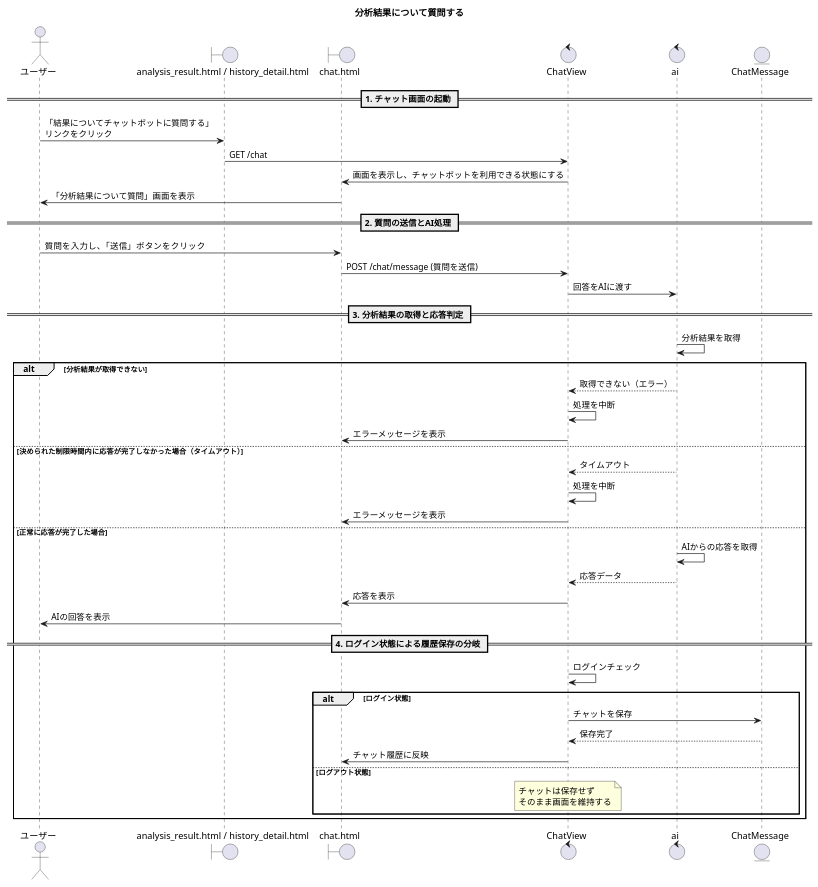
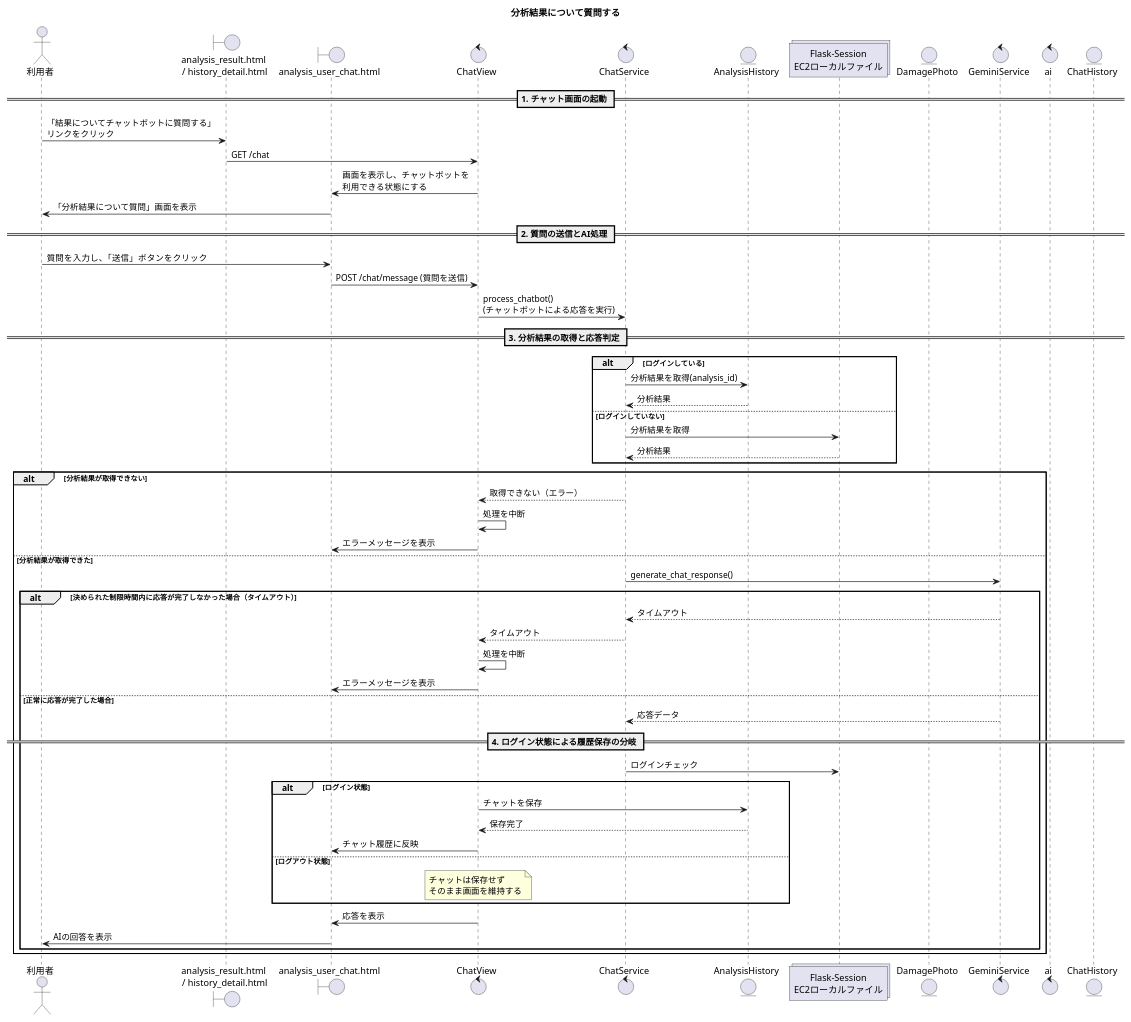
One commit to Kotarou-Tanoue/tanouesoftware changed the ninth of 17 diagrams in 20_システム設計書/図24_シーケンス.puml. Above: the diagram before and after it, drawn with PlantUML. The commit also changed other lines of this file and 3 other files, not shown here.

```diff
--- a/20_システム設計書/図24_シーケンス.puml
+++ b/20_システム設計書/図24_シーケンス.puml
@@ -457,54 +511,67 @@
 @startuml 分析結果について質問する
     title 分析結果について質問する
 
-    actor "ユーザー" as a1
-    boundary "analysis_result.html / history_detail.html" as b1
-    boundary "chat.html" as b2
+    actor "利用者" as a1
+    boundary "analysis_result.html \n/ history_detail.html" as b1
+    boundary "analysis_user_chat.html" as b2
     control "ChatView" as c1
+    control "ChatService" as s1
+    entity "AnalysisHistory" as e1
+    collections "Flask-Session\nEC2ローカルファイル" as sess
+    entity "DamagePhoto" as e2
+    control "GeminiService" as s2
     control "ai"
-    entity "ChatMessage" as e1
+    entity "ChatHistory" as e3
 
     == 1. チャット画面の起動 ==
     a1 -> b1 : 「結果についてチャットボットに質問する」\nリンクをクリック
     b1 -> c1 : GET /chat
-    c1 -> b2 : 画面を表示し、チャットボットを利用できる状態にする
+    c1 -> b2 : 画面を表示し、チャットボットを\n利用できる状態にする
     b2 -> a1 : 「分析結果について質問」画面を表示
 
     == 2. 質問の送信とAI処理 ==
     a1 -> b2 : 質問を入力し、「送信」ボタンをクリック
     b2 -> c1 : POST /chat/message (質問を送信)
-    c1 -> ai : 回答をAIに渡す
+    c1 -> s1 : process_chatbot() \n(チャットボットによる応答を実行)
 
     == 3. 分析結果の取得と応答判定 ==
-    ai -> ai : 分析結果を取得
+    alt ログインしている
+        s1 -> e1 : 分析結果を取得(analysis_id)
+        e1 --> s1 : 分析結果
+    else ログインしていない
+        s1 -> sess : 分析結果を取得
+        sess --> s1 : 分析結果
+    end
 
     alt 分析結果が取得できない
-        ai --> c1 : 取得できない（エラー）
+        s1 --> c1 : 取得できない（エラー）
         c1 -> c1 : 処理を中断
         c1 -> b2 : エラーメッセージを表示
+    else 分析結果が取得できた
+        s1 -> s2 : generate_chat_response()
+        alt 決められた制限時間内に応答が完了しなかった場合（タイムアウト）
+            s2 --> s1 : タイムアウト
+            s1 --> c1 : タイムアウト
+            c1 -> c1 : 処理を中断
+            c1 -> b2 : エラーメッセージを表示
 
-    else 決められた制限時間内に応答が完了しなかった場合（タイムアウト）
-        ai --> c1 : タイムアウト
-        c1 -> c1 : 処理を中断
-        c1 -> b2 : エラーメッセージを表示
+        else 正常に応答が完了した場合
+            s2 --> s1 : 応答データ
 
-    else 正常に応答が完了した場合
-        ai -> ai : AIからの応答を取得
-        ai --> c1 : 応答データ
+            == 4. ログイン状態による履歴保存の分岐 ==
+            s1 -> sess : ログインチェック
 
-        c1 -> b2 : 応答を表示
-        b2 -> a1 : AIの回答を表示
+            alt ログイン状態
+                c1 -> e1 : チャットを保存
+                e1 --> c1 : 保存完了
+                c1 -> b2 : チャット履歴に反映
+            else ログアウト状態
+                note over c1 : チャットは保存せず\nそのまま画面を維持する
+            end
 
-        == 4. ログイン状態による履歴保存の分岐 ==
-        c1 -> c1 : ログインチェック
-
-        alt ログイン状態
-            c1 -> e1 : チャットを保存
-            e1 --> c1 : 保存完了
-            c1 -> b2 : チャット履歴に反映
-        else ログアウト状態
-            note over c1 : チャットは保存せず\nそのまま画面を維持する
+            c1 -> b2 : 応答を表示
+            b2 -> a1 : AIの回答を表示
         end
     end
 
 @enduml
```
